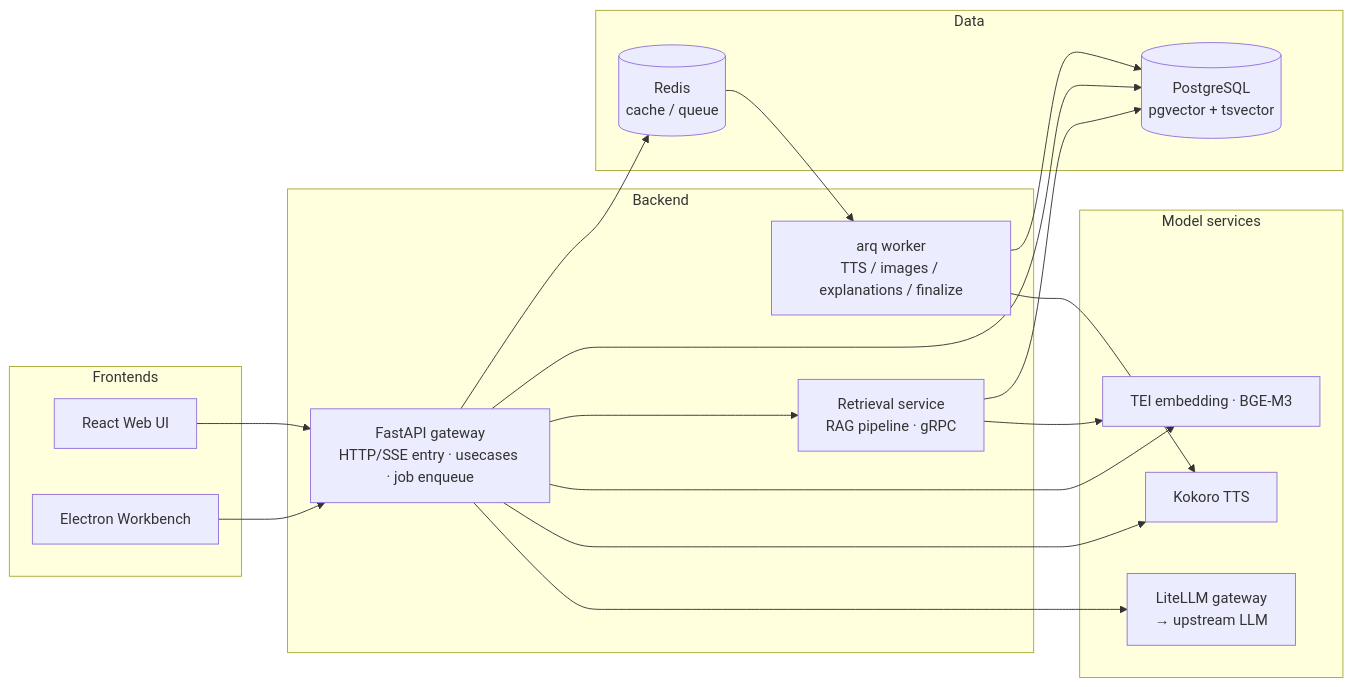
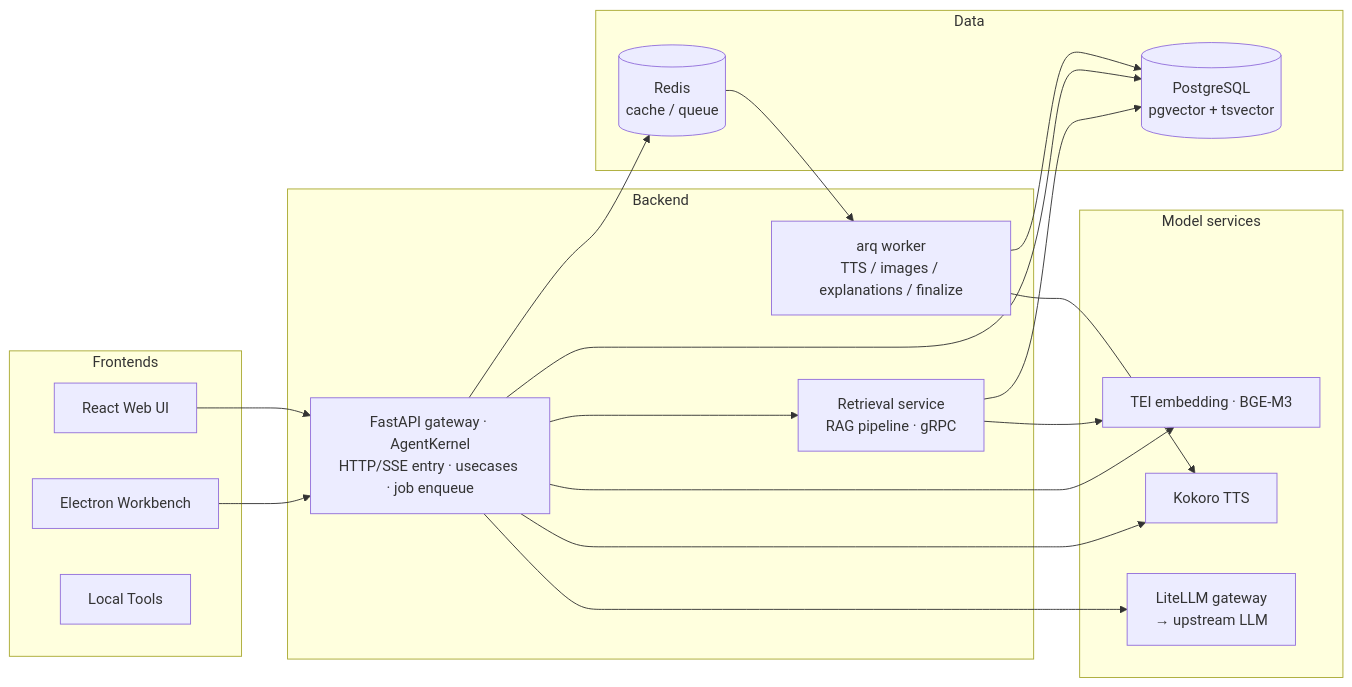
One commit to Eric-LLMs/DeepDive changed the first of 2 diagrams in README.md. Above: the diagram before and after it, drawn with Mermaid.

Commit message:
docs: add AgentKernel and Local Tools nodes to architecture diagram
The at-a-glance mermaid diagram now labels the FastAPI gateway with its
AgentKernel composition root and lists Local Tools as a Frontends node.

````diff
--- a/README.md
+++ b/README.md
@@ -21,35 +21,36 @@
 ```mermaid
 flowchart LR
     subgraph Frontends
         web[React Web UI]
         desk[Electron Workbench]
+        lt[Local Tools]
     end
     subgraph Backend
-        api[FastAPI gateway<br/>HTTP/SSE entry · usecases · job enqueue]
+        api["FastAPI gateway · AgentKernel<br/>HTTP/SSE entry · usecases · job enqueue"]
         wk[arq worker<br/>TTS / images / explanations / finalize]
         rs[Retrieval service<br/>RAG pipeline · gRPC]
     end
     subgraph Data
         pg[(PostgreSQL<br/>pgvector + tsvector)]
         rd[(Redis<br/>cache / queue)]
     end
     subgraph Model services
         emb[TEI embedding · BGE-M3]
         tts[Kokoro TTS]
         llm[LiteLLM gateway<br/>→ upstream LLM]
     end
 
     web --> api
     desk --> api
     api --> rd
     rd --> wk
     api --> pg
     wk --> pg
     api --> rs
     rs --> pg
     api --> emb
     api --> tts
     api --> llm
     wk --> tts
     rs --> emb
 ```
````
